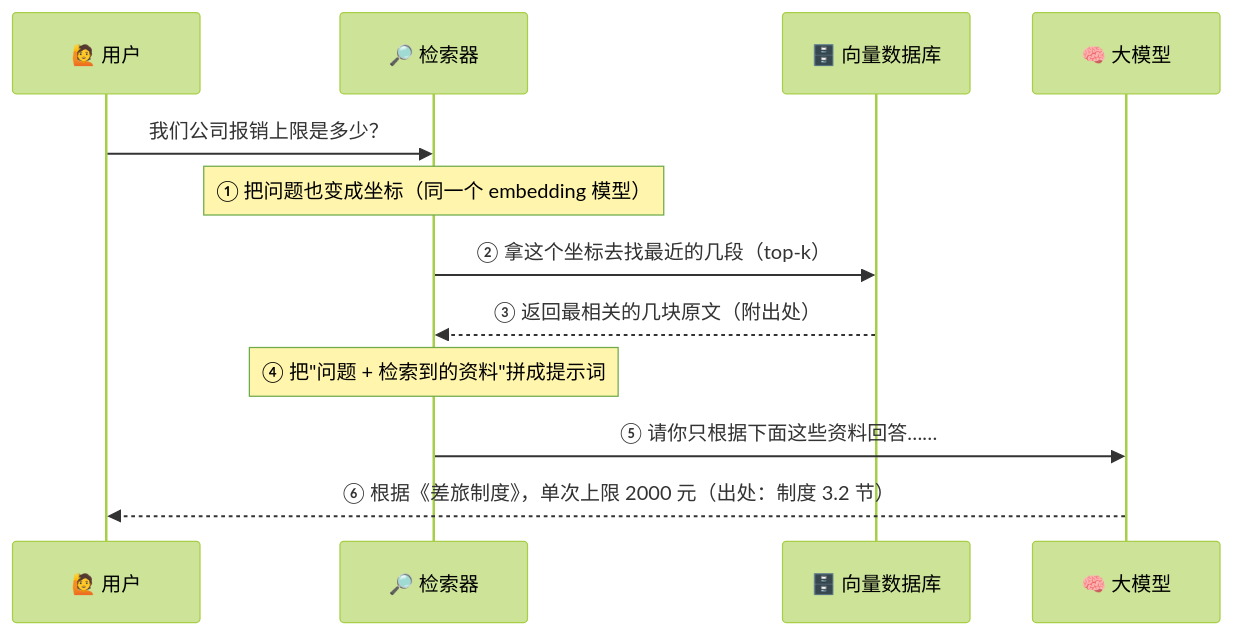
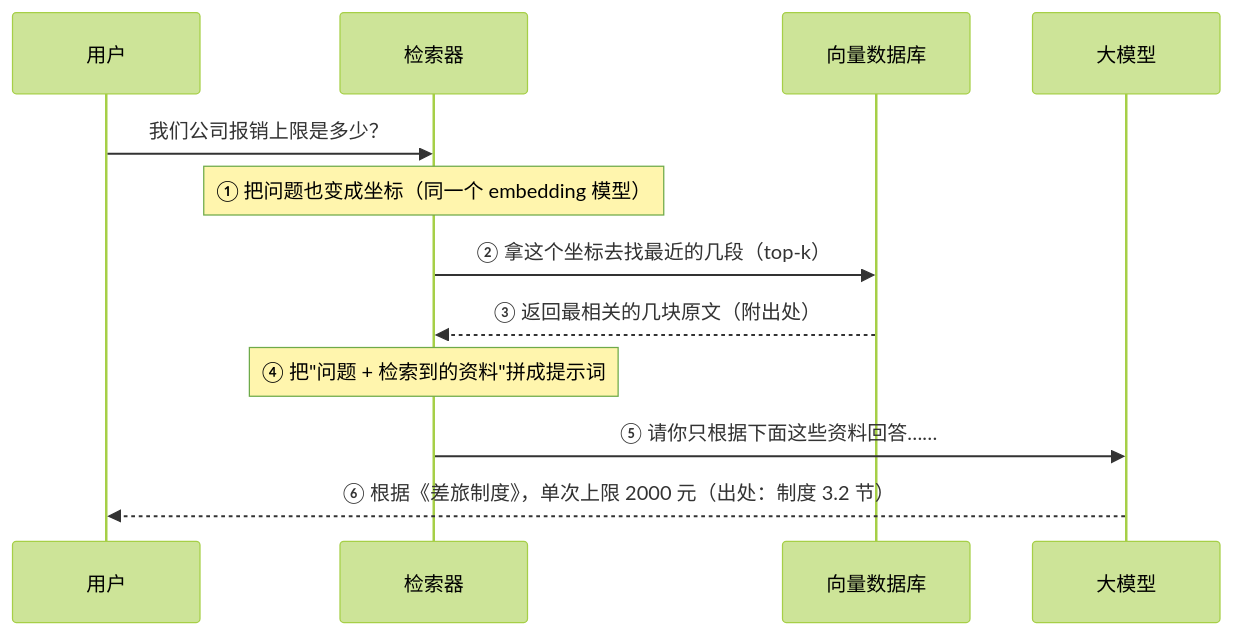
Before and after one commit to luckykhy/KhyAiHub: the third of 5 diagrams in docs/02_CONCEPTS_概念入门/CONCEPT/[CONCEPT-11] 什么是RAG-检索增强生成.md, drawn with Mermaid (forest theme). The commit also changed other lines of this file and 19 other files, not shown here.

````diff
--- a/docs/02_CONCEPTS_概念入门/CONCEPT/[CONCEPT-11] 什么是RAG-检索增强生成.md
+++ b/docs/02_CONCEPTS_概念入门/CONCEPT/[CONCEPT-11] 什么是RAG-检索增强生成.md
@@ -101,14 +101,14 @@
 ```mermaid
 sequenceDiagram
-  participant User as 🙋 用户
-  participant RAG as 🔎 检索器
-  participant VDB as 🗄️ 向量数据库
-  participant LLM as 🧠 大模型
+  participant User as 用户
+  participant RAG as 检索器
+  participant VDB as 向量数据库
+  participant LLM as 大模型
   User->>RAG: 我们公司报销上限是多少？
   Note over RAG: ① 把问题也变成坐标（同一个 embedding 模型）
   RAG->>VDB: ② 拿这个坐标去找最近的几段（top-k）
   VDB-->>RAG: ③ 返回最相关的几块原文（附出处）
   Note over RAG: ④ 把"问题 + 检索到的资料"拼成提示词
   RAG->>LLM: ⑤ 请你只根据下面这些资料回答……
   LLM-->>User: ⑥ 根据《差旅制度》，单次上限 2000 元（出处：制度 3.2 节）
 ```
````
